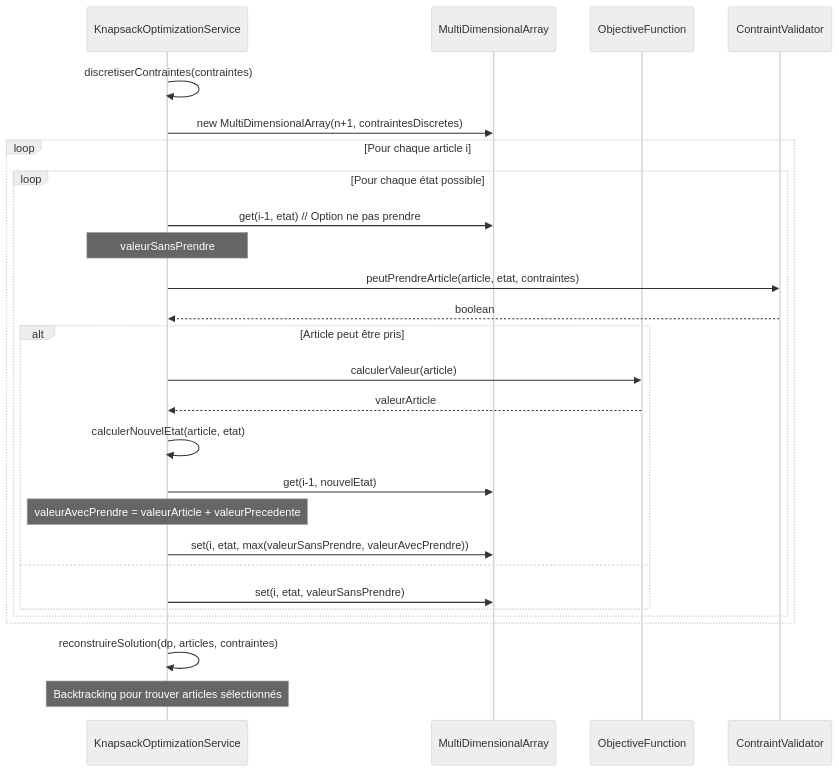
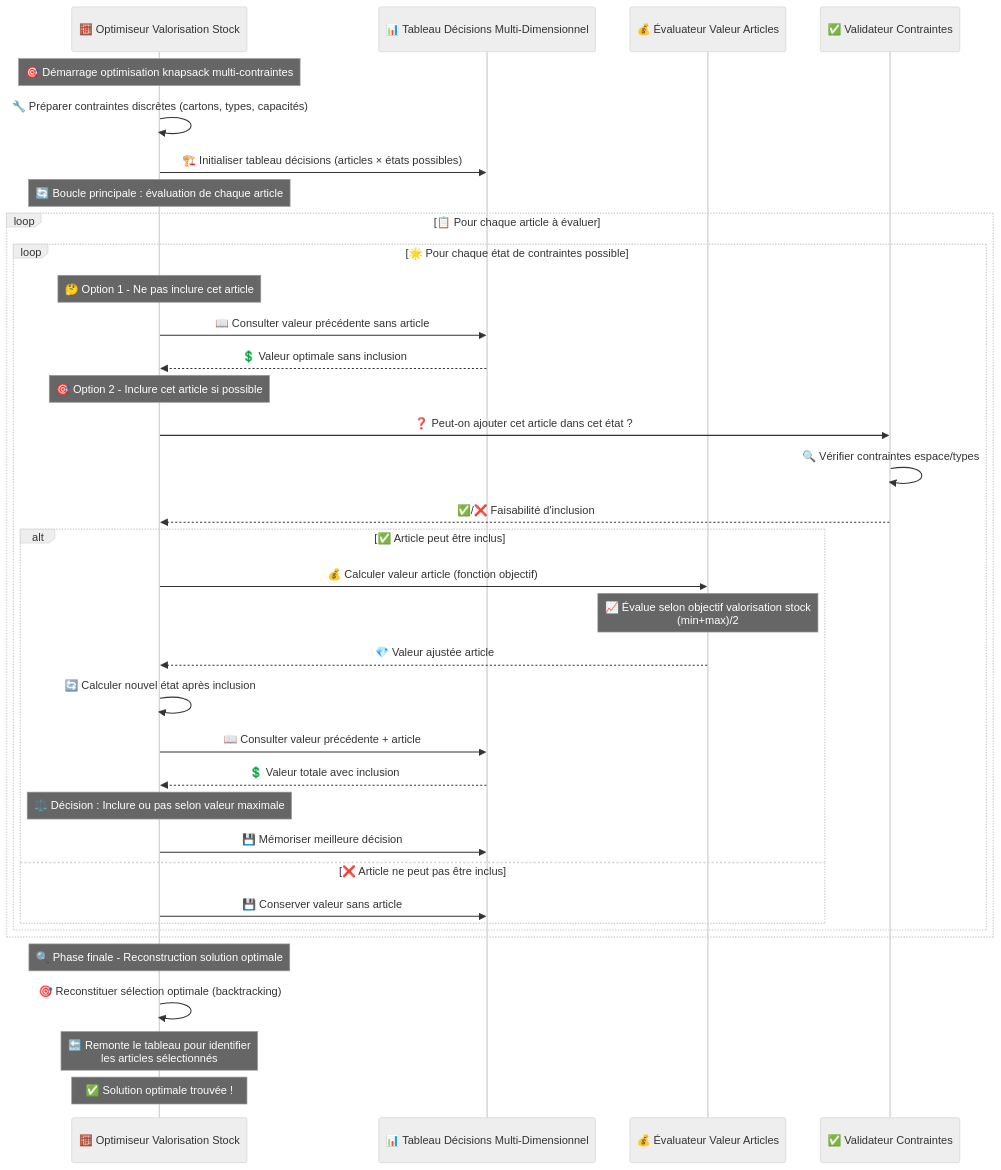
The second of 3 diagrams in Conception-Knapsack-Adaptatif-Modulaire.md (Singularity-Institute/PTL-r-appro-), drawn with Mermaid (neutral theme) before and after one commit. The commit also changed other lines of this file, not shown here.

````diff
--- a/Conception-Knapsack-Adaptatif-Modulaire.md
+++ b/Conception-Knapsack-Adaptatif-Modulaire.md
@@ -1277,36 +1286,50 @@
 ```mermaid
 sequenceDiagram
-    participant KnapS as KnapsackOptimizationService
-    participant DP as MultiDimensionalArray
-    participant ObjF as ObjectiveFunction
-    participant Validator as ContraintValidator
+    participant OptimiseurStock as 🧮 Optimiseur Valorisation Stock
+    participant TableauDecision as 📊 Tableau Décisions Multi-Dimensionnel
+    participant EvaluateurValeur as 💰 Évaluateur Valeur Articles
+    participant ValidateurContraintes as ✅ Validateur Contraintes
 
-    KnapS->>KnapS: discretiserContraintes(contraintes)
-    KnapS->>DP: new MultiDimensionalArray(n+1, contraintesDiscretes)
+    Note over OptimiseurStock: 🎯 Démarrage optimisation knapsack multi-contraintes
 
-    loop Pour chaque article i
-        loop Pour chaque état possible
-            KnapS->>DP: get(i-1, etat) // Option ne pas prendre
-            Note over KnapS: valeurSansPrendre
+    OptimiseurStock->>OptimiseurStock: 🔧 Préparer contraintes discrètes (cartons, types, capacités)
+    OptimiseurStock->>TableauDecision: 🏗️ Initialiser tableau décisions (articles × états possibles)
 
-            KnapS->>Validator: peutPrendreArticle(article, etat, contraintes)
-            Validator-->>KnapS: boolean
+    Note over OptimiseurStock: 🔄 Boucle principale : évaluation de chaque article
 
-            alt Article peut être pris
-                KnapS->>ObjF: calculerValeur(article)
-                ObjF-->>KnapS: valeurArticle
+    loop 📋 Pour chaque article à évaluer
+        loop 🌟 Pour chaque état de contraintes possible
 
-                KnapS->>KnapS: calculerNouvelEtat(article, etat)
-                KnapS->>DP: get(i-1, nouvelEtat)
-                Note over KnapS: valeurAvecPrendre = valeurArticle + valeurPrecedente
+            Note over OptimiseurStock: 🤔 Option 1 - Ne pas inclure cet article
+            OptimiseurStock->>TableauDecision: 📖 Consulter valeur précédente sans article
+            TableauDecision-->>OptimiseurStock: 💲 Valeur optimale sans inclusion
 
-                KnapS->>DP: set(i, etat, max(valeurSansPrendre, valeurAvecPrendre))
-            else
-                KnapS->>DP: set(i, etat, valeurSansPrendre)
+            Note over OptimiseurStock: 🎯 Option 2 - Inclure cet article si possible
+            OptimiseurStock->>ValidateurContraintes: ❓ Peut-on ajouter cet article dans cet état ?
+            ValidateurContraintes->>ValidateurContraintes: 🔍 Vérifier contraintes espace/types
+            ValidateurContraintes-->>OptimiseurStock: ✅/❌ Faisabilité d'inclusion
+
+            alt ✅ Article peut être inclus
+                OptimiseurStock->>EvaluateurValeur: 💰 Calculer valeur article (fonction objectif)
+                Note over EvaluateurValeur: 📈 Évalue selon objectif valorisation stock<br/>(min+max)/2
+                EvaluateurValeur-->>OptimiseurStock: 💎 Valeur ajustée article
+
+                OptimiseurStock->>OptimiseurStock: 🔄 Calculer nouvel état après inclusion
+                OptimiseurStock->>TableauDecision: 📖 Consulter valeur précédente + article
+                TableauDecision-->>OptimiseurStock: 💲 Valeur totale avec inclusion
+
+                Note over OptimiseurStock: ⚖️ Décision : Inclure ou pas selon valeur maximale
+                OptimiseurStock->>TableauDecision: 💾 Mémoriser meilleure décision
+            else ❌ Article ne peut pas être inclus
+                OptimiseurStock->>TableauDecision: 💾 Conserver valeur sans article
             end
         end
     end
 
-    KnapS->>KnapS: reconstruireSolution(dp, articles, contraintes)
-    Note over KnapS: Backtracking pour trouver articles sélectionnés
+    Note over OptimiseurStock: 🔍 Phase finale - Reconstruction solution optimale
+
+    OptimiseurStock->>OptimiseurStock: 🎯 Reconstituer sélection optimale (backtracking)
+    Note over OptimiseurStock: 🔙 Remonte le tableau pour identifier<br/>les articles sélectionnés
+
+    Note over OptimiseurStock: ✅ Solution optimale trouvée !
 ```
````
